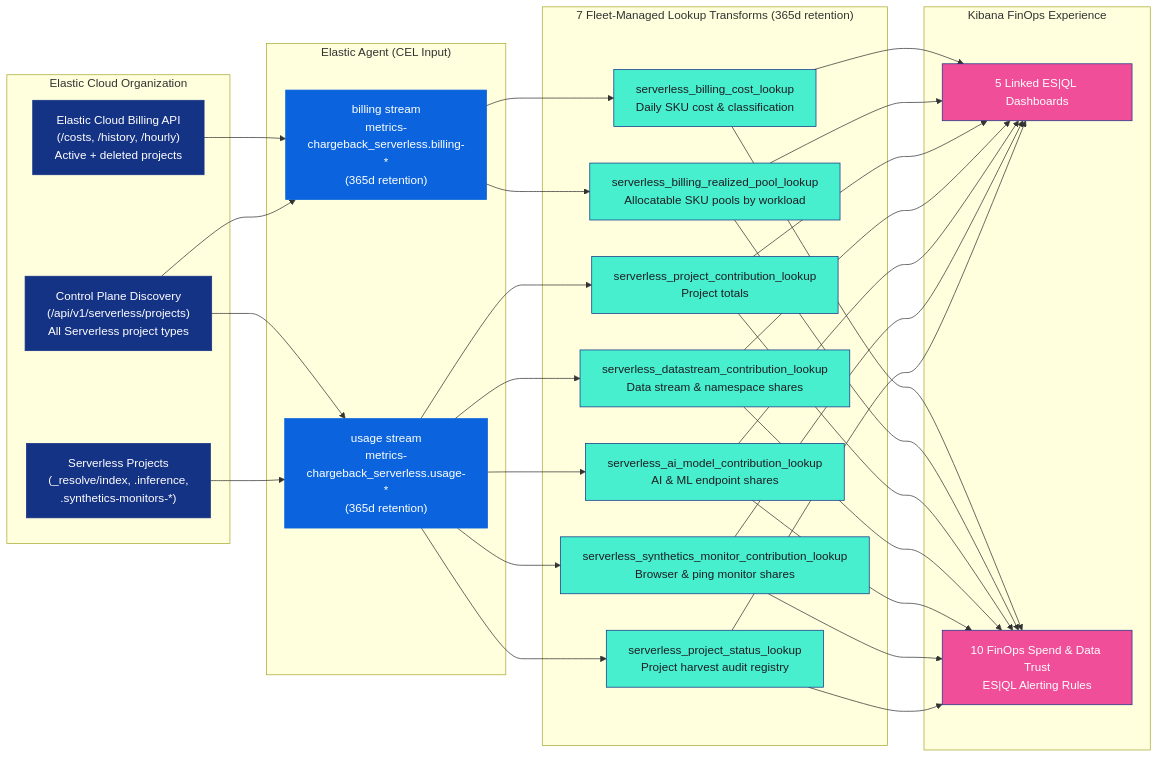
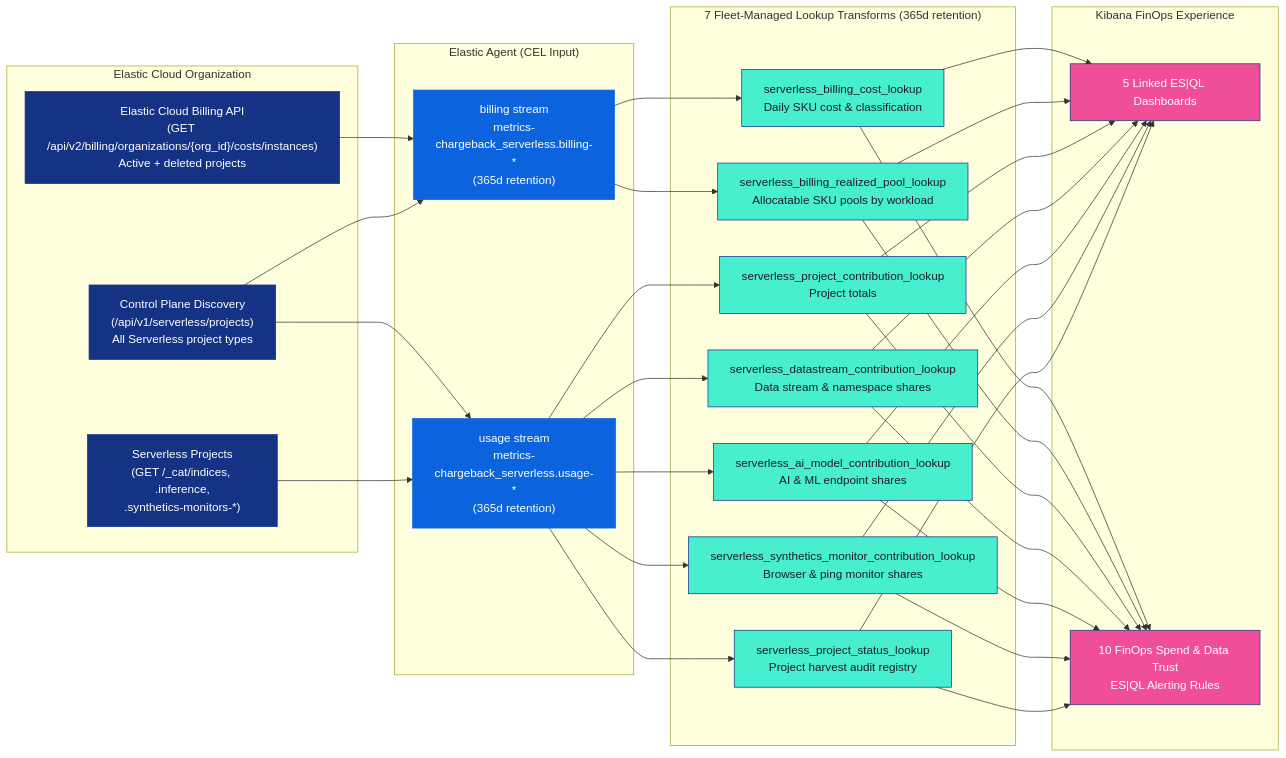
Before and after one commit to elastic/elasticsearch-chargeback: the diagram in integrations/chargeback-serverless/README.md, drawn with Mermaid. The commit also changed other lines of this file and 19 other files, not shown here.

Commit message:
Release chargeback_serverless 0.4.0 with system data stream rollup, AI/Synthetics pool attribution, and dashboard enhancements

````diff
--- a/integrations/chargeback-serverless/README.md
+++ b/integrations/chargeback-serverless/README.md
@@ -18,41 +19,41 @@
 ```mermaid
 flowchart LR
     subgraph Cloud["Elastic Cloud Organization"]
-        BillingAPI["Elastic Cloud Billing API<br/>(/costs, /history, /hourly)<br/>Active + deleted projects"]:::navy
+        BillingAPI["Elastic Cloud Billing API<br/>(GET /api/v2/billing/organizations/{org_id}/costs/instances)<br/>Active + deleted projects"]:::navy
         CtrlPlane["Control Plane Discovery<br/>(/api/v1/serverless/projects)<br/>All Serverless project types"]:::navy
-        Projects["Serverless Projects<br/>(_resolve/index, .inference,<br/>.synthetics-monitors-*)"]:::navy
+        Projects["Serverless Projects<br/>(GET /_cat/indices, .inference,<br/>.synthetics-monitors-*)"]:::navy
     end
 
     subgraph Agent["Elastic Agent (CEL Input)"]
         BStream["billing stream<br/>metrics-chargeback_serverless.billing-*<br/>(365d retention)"]:::blue
         UStream["usage stream<br/>metrics-chargeback_serverless.usage-*<br/>(365d retention)"]:::blue
     end
 
     subgraph Transforms["7 Fleet-Managed Lookup Transforms (365d retention)"]
         L1["serverless_billing_cost_lookup<br/>Daily SKU cost & classification"]:::mint
         L2["serverless_billing_realized_pool_lookup<br/>Allocatable SKU pools by workload"]:::mint
         L3["serverless_project_contribution_lookup<br/>Project totals"]:::mint
         L4["serverless_datastream_contribution_lookup<br/>Data stream & namespace shares"]:::mint
         L5["serverless_ai_model_contribution_lookup<br/>AI & ML endpoint shares"]:::mint
         L6["serverless_synthetics_monitor_contribution_lookup<br/>Browser & ping monitor shares"]:::mint
         L7["serverless_project_status_lookup<br/>Project harvest audit registry"]:::mint
     end
 
     subgraph Kibana["Kibana FinOps Experience"]
         Dash["5 Linked ES|QL Dashboards"]:::pink
         Rules["10 FinOps Spend & Data Trust<br/>ES|QL Alerting Rules"]:::pink
     end
 
     BillingAPI --> BStream
     CtrlPlane --> BStream & UStream
     Projects --> UStream
     BStream --> L1 & L2
     UStream --> L3 & L4 & L5 & L6 & L7
     L1 & L2 & L3 & L4 & L5 & L6 & L7 --> Dash & Rules
 
     classDef navy fill:#153385,stroke:#153385,color:#FFFFFF
     classDef blue fill:#0B64DD,stroke:#0B64DD,color:#FFFFFF
     classDef mint fill:#48EFCF,stroke:#153385,color:#1C1E23
     classDef yellow fill:#FEC514,stroke:#153385,color:#1C1E23
     classDef pink fill:#F04E98,stroke:#153385,color:#FFFFFF
 ```
````
